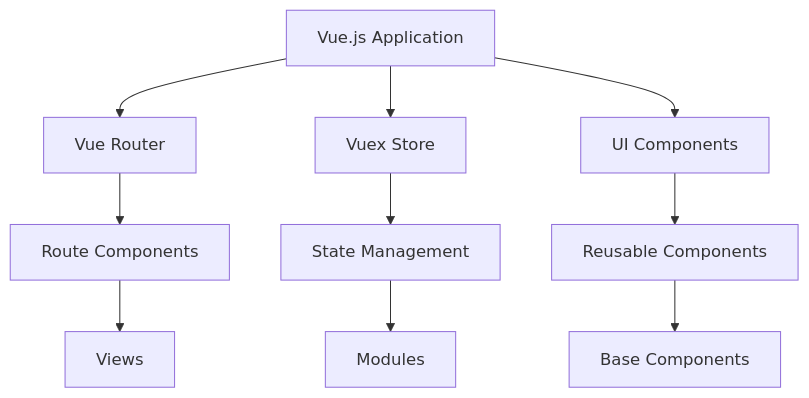
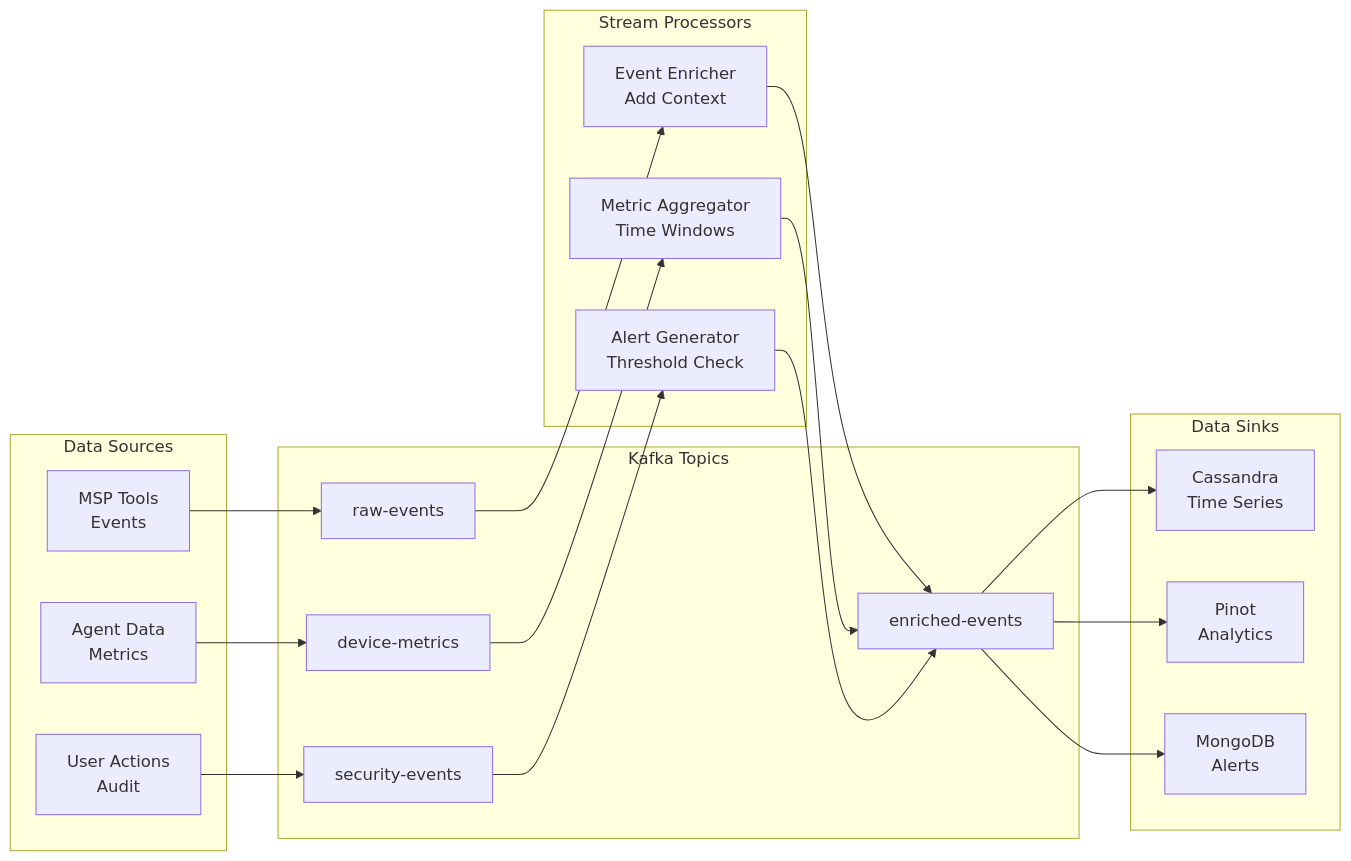
Before and after one commit to flamingo-stack/openframe-oss-tenant: the third of 12 diagrams in docs/development/architecture/overview.md, drawn with Mermaid. The commit also changed other lines of this file and 9 other files, not shown here.

````diff
--- a/docs/development/architecture/overview.md
+++ b/docs/development/architecture/overview.md
@@ -43,14 +197,43 @@
 ```mermaid
-graph TD
-    A[Vue.js Application] --> B[Vue Router]
-    A --> C[Vuex Store]
-    A --> D[UI Components]
+graph LR
+    subgraph "Data Sources"
+        A[MSP Tools<br/>Events]
+        B[Agent Data<br/>Metrics]
+        C[User Actions<br/>Audit]
+    end
     
-    B --> E[Route Components]
-    C --> F[State Management]
-    D --> G[Reusable Components]
+    subgraph "Kafka Topics"
+        D[raw-events]
+        E[device-metrics]
+        F[security-events]
+        G[enriched-events]
+    end
     
-    E --> H[Views]
-    F --> I[Modules]
-    G --> J[Base Components]
+    subgraph "Stream Processors"
+        H[Event Enricher<br/>Add Context]
+        I[Metric Aggregator<br/>Time Windows]
+        J[Alert Generator<br/>Threshold Check]
+    end
+    
+    subgraph "Data Sinks"
+        K[Cassandra<br/>Time Series]
+        L[Pinot<br/>Analytics]
+        M[MongoDB<br/>Alerts]
+    end
+    
+    A --> D
+    B --> E
+    C --> F
+    
+    D --> H
+    E --> I
+    F --> J
+    
+    H --> G
+    I --> G
+    J --> G
+    
+    G --> K
+    G --> L
+    G --> M
 ```
````
